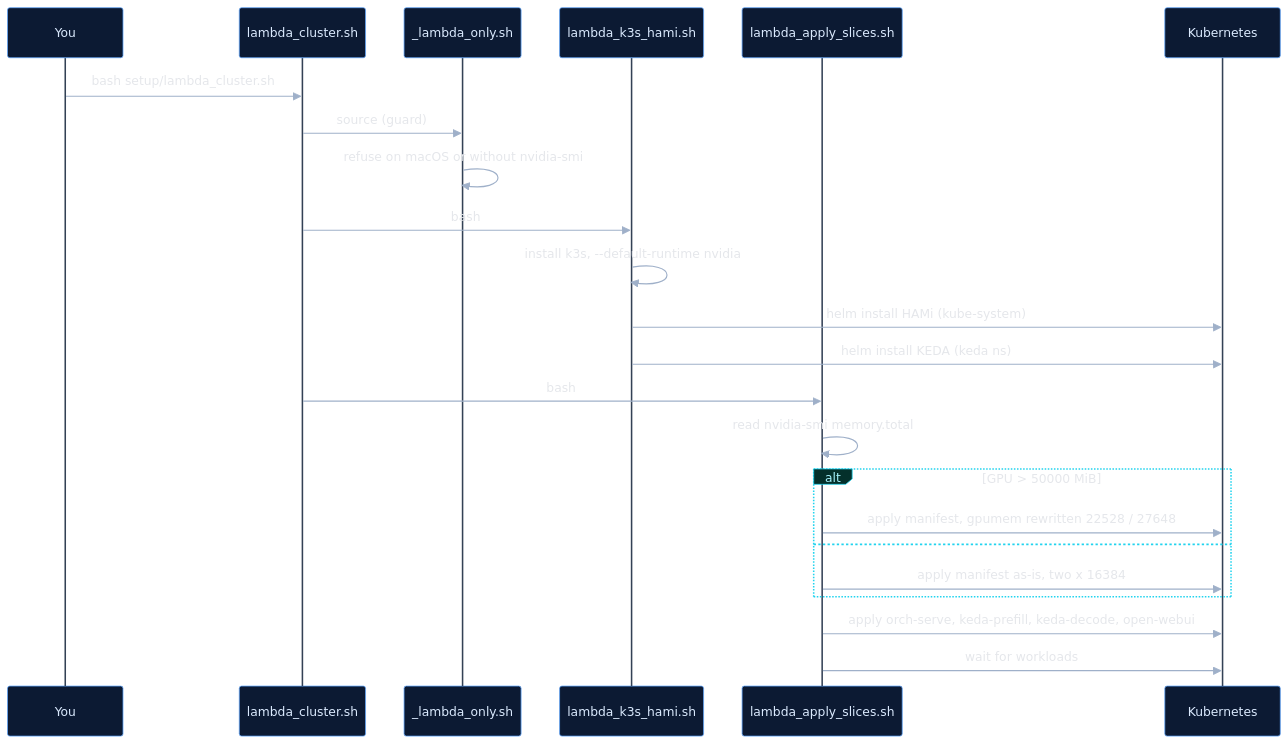
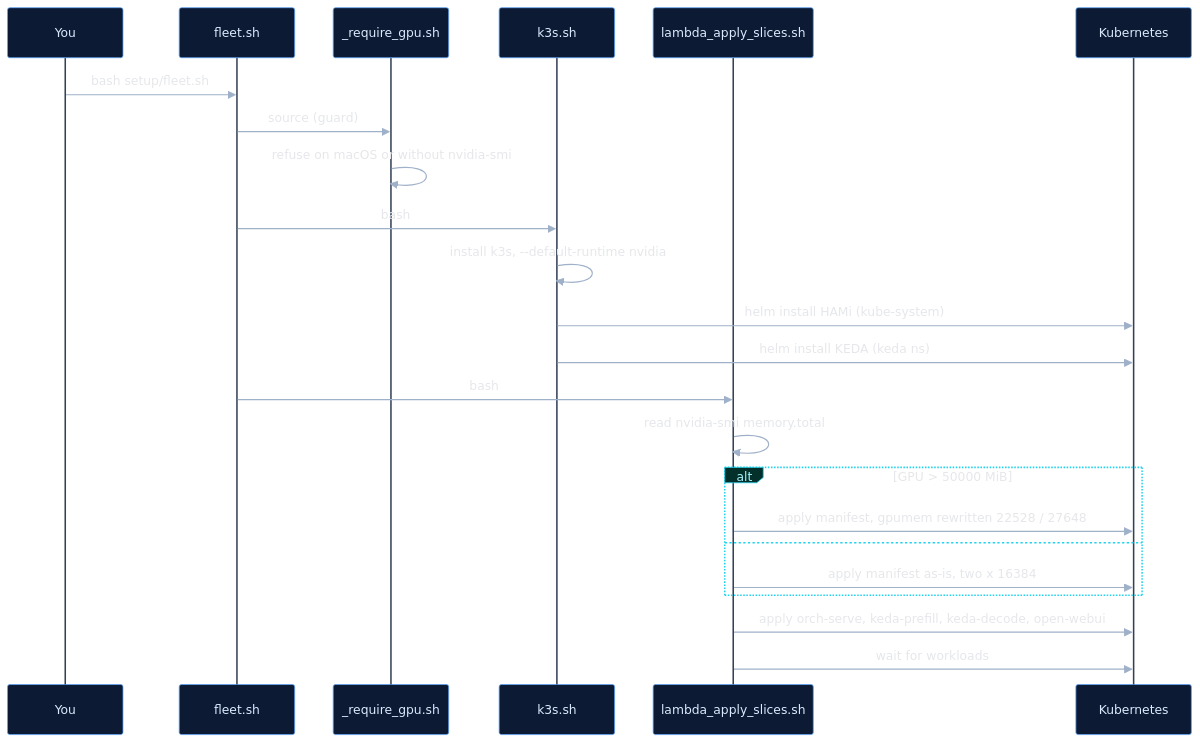
Before and after one commit to harshuljain13/Dodona: the first of 9 diagrams in docs/cluster/DATAFLOW.md, drawn with Mermaid. The commit also changed other lines of this file and 31 other files, not shown here.

````diff
--- a/docs/cluster/DATAFLOW.md
+++ b/docs/cluster/DATAFLOW.md
@@ -26,36 +26,36 @@
 ```mermaid
 %%{init: {'theme':'base','themeVariables':{
   'darkMode':true,'background':'#0B0B0B',
   'fontFamily':'Helvetica, Arial, sans-serif','fontSize':'13.5px',
   'actorBkg':'#0C1A33','actorBorder':'#60A5FA','actorTextColor':'#DBEAFE','actorLineColor':'#334155',
   'signalColor':'#9FB0C9','signalTextColor':'#E5E7EB',
   'noteBkgColor':'#2B2008','noteBorderColor':'#FBBF24','noteTextColor':'#FDE68A',
   'activationBkgColor':'#06220F','activationBorderColor':'#4ADE80',
   'labelBoxBkgColor':'#04302B','labelBoxBorderColor':'#22D3EE','labelTextColor':'#A5F3FC',
   'sequenceNumberColor':'#0B0B0B','loopTextColor':'#E5E7EB','textColor':'#E5E7EB'
 }}}%%
 sequenceDiagram
     participant U as You
-    participant C as lambda_cluster.sh
-    participant G as _lambda_only.sh
-    participant K as lambda_k3s_hami.sh
+    participant C as fleet.sh
+    participant G as _require_gpu.sh
+    participant K as k3s.sh
     participant A as lambda_apply_slices.sh
     participant API as Kubernetes
 
-    U->>C: bash setup/lambda_cluster.sh
+    U->>C: bash setup/fleet.sh
     C->>G: source (guard)
     G->>G: refuse on macOS or without nvidia-smi
     C->>K: bash
     K->>K: install k3s, --default-runtime nvidia
     K->>API: helm install HAMi (kube-system)
     K->>API: helm install KEDA (keda ns)
     C->>A: bash
     A->>A: read nvidia-smi memory.total
     alt GPU > 50000 MiB
         A->>API: apply manifest, gpumem rewritten 22528 / 27648
     else
         A->>API: apply manifest as-is, two x 16384
     end
     A->>API: apply orch-serve, keda-prefill, keda-decode, open-webui
     A->>API: wait for workloads
 ```
````
